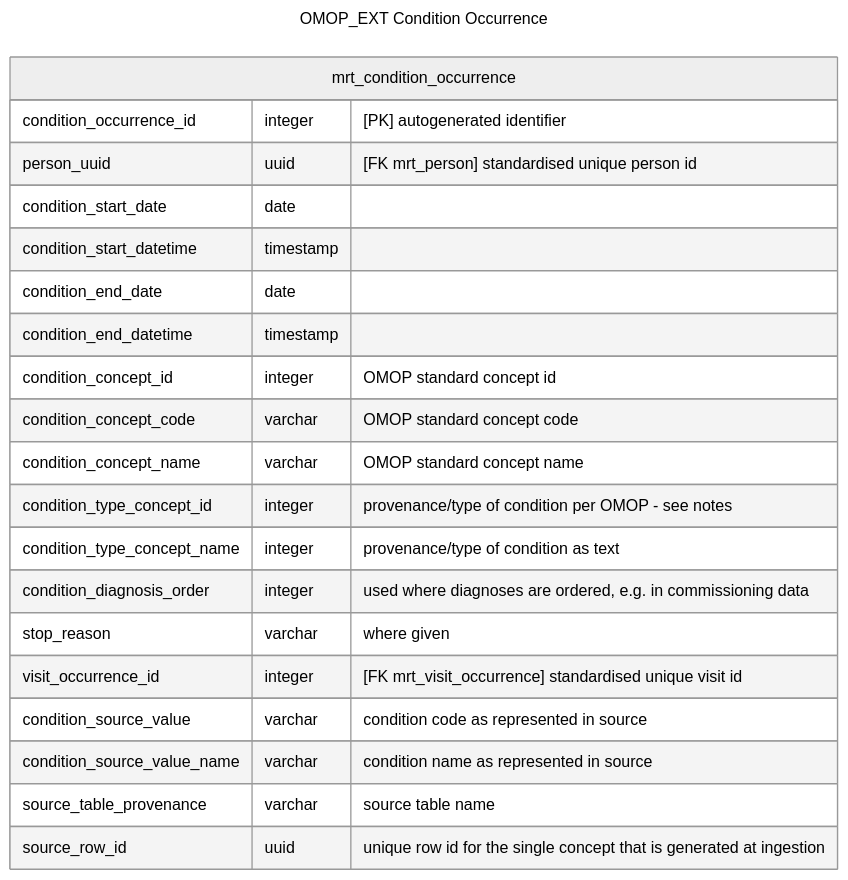
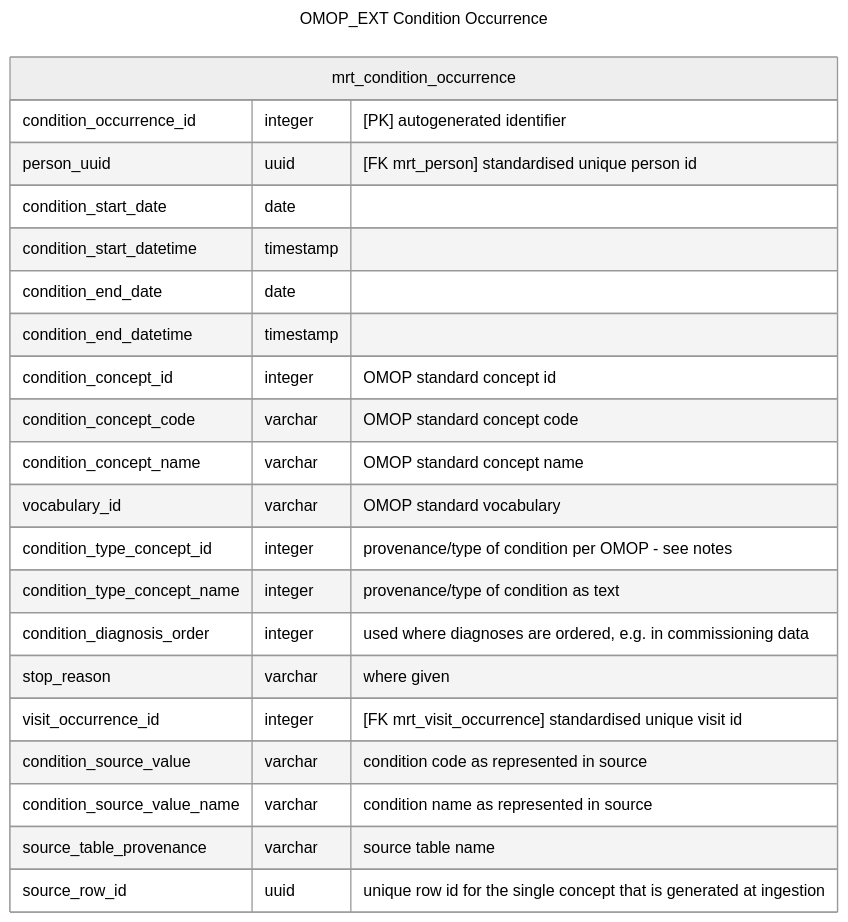
Before and after one commit to d3london/sde_aic_external_docs: the second of 3 diagrams in src/pages/data_model/cdm_condition_occurrence.qmd, drawn with Mermaid (neutral theme). The commit also changed other lines of this file and 2 other files, not shown here.

````diff
--- a/src/pages/data_model/cdm_condition_occurrence.qmd
+++ b/src/pages/data_model/cdm_condition_occurrence.qmd
@@ -60,26 +60,27 @@
 ```{mermaid}
 ---
 title: OMOP_EXT Condition Occurrence
 ---
 erDiagram
     mrt_condition_occurrence {
         condition_occurrence_id integer "[PK] autogenerated identifier"
         person_uuid uuid "[FK mrt_person] standardised unique person id"
         condition_start_date date
         condition_start_datetime timestamp
         condition_end_date date
         condition_end_datetime timestamp
         condition_concept_id integer "OMOP standard concept id"
         condition_concept_code varchar "OMOP standard concept code"
         condition_concept_name varchar "OMOP standard concept name"
+        vocabulary_id varchar "OMOP standard vocabulary"
         condition_type_concept_id integer "provenance/type of condition per OMOP - see notes" 
         condition_type_concept_name integer "provenance/type of condition as text"                          
         condition_diagnosis_order integer "used where diagnoses are ordered, e.g. in commissioning data"
         stop_reason varchar "where given"
         visit_occurrence_id integer "[FK mrt_visit_occurrence] standardised unique visit id"
         condition_source_value varchar "condition code as represented in source"
         condition_source_value_name varchar "condition name as represented in source"        
         source_table_provenance varchar "source table name"
         source_row_id uuid "unique row id for the single concept that is generated at ingestion"
     }
 ```
````
